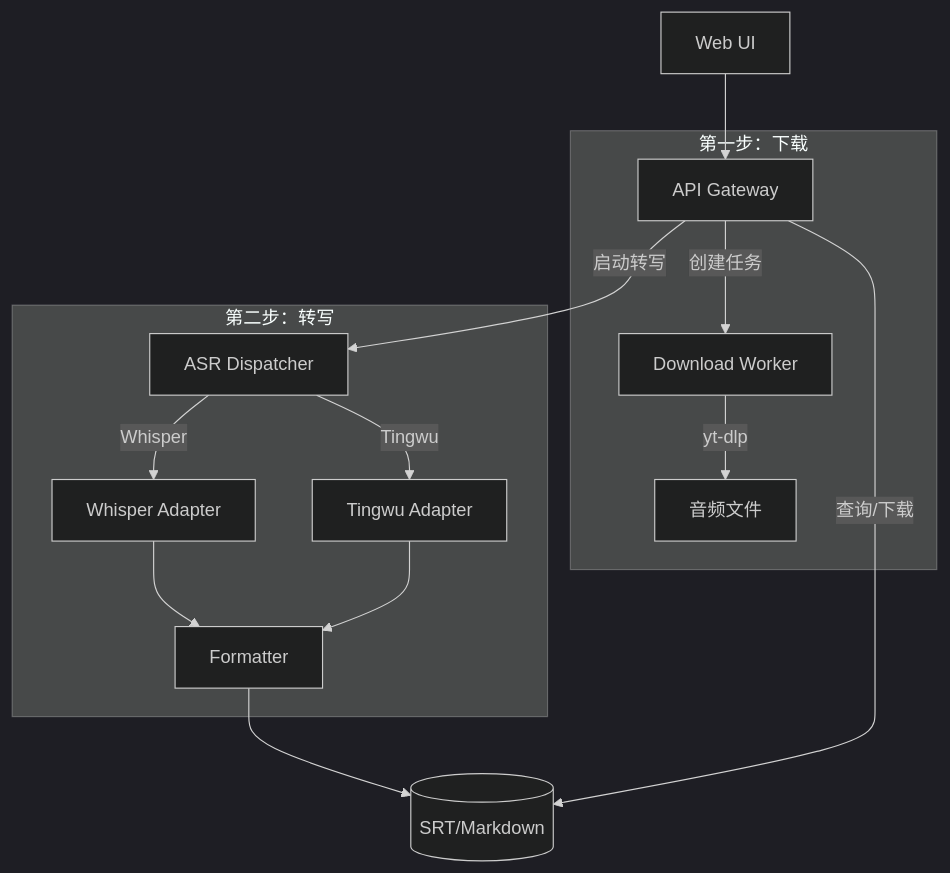
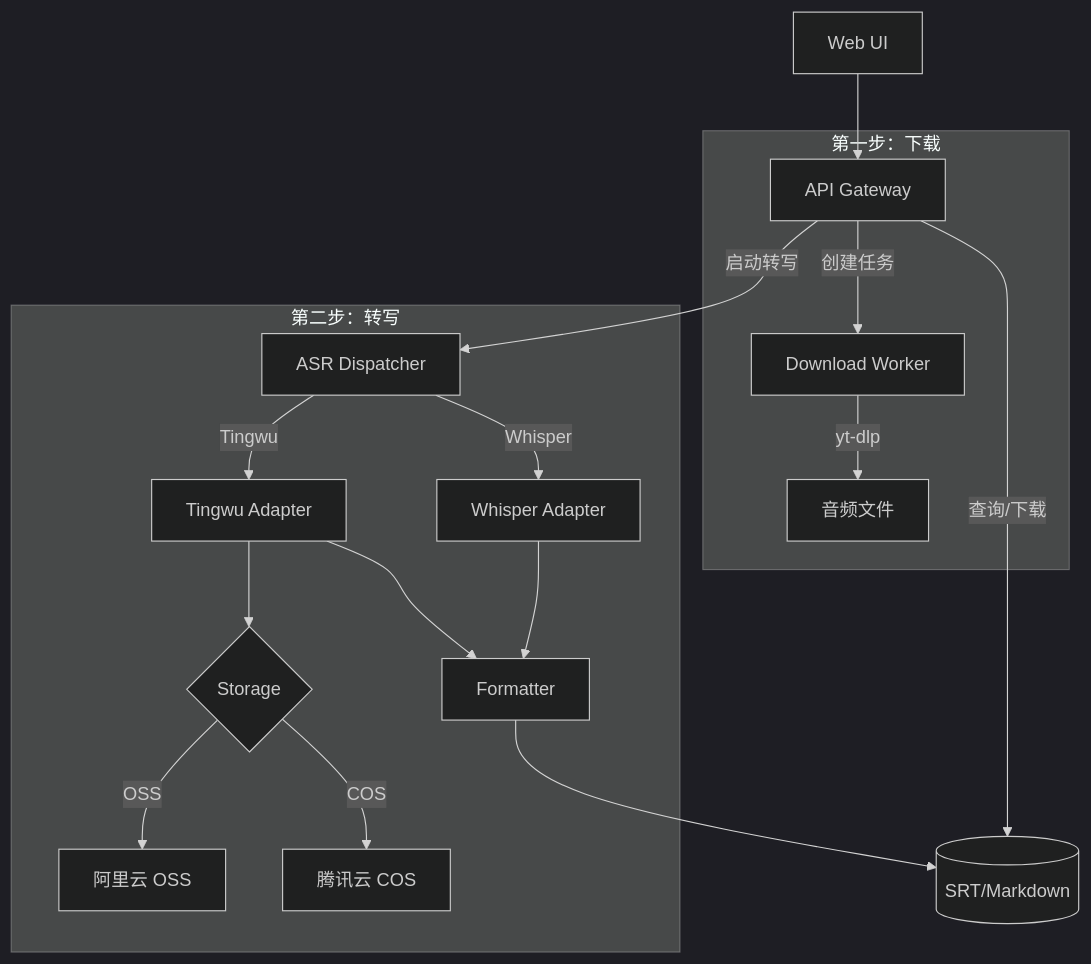
Before and after one commit to anzchy/podscript-pro: the diagram in README.md, drawn with Mermaid (dark theme). The commit also changed other lines of this file and 18 other files, not shown here.

First line of the commit message:
Add COS storage support and UI redesign specs

````diff
--- a/README.md
+++ b/README.md
@@ -291,20 +328,23 @@
 ```mermaid
 graph TD
     UI[Web UI] --> API[API Gateway]
 
     subgraph "第一步：下载"
         API -->|创建任务| DL[Download Worker]
         DL -->|yt-dlp| Audio[音频文件]
     end
 
     subgraph "第二步：转写"
         API -->|启动转写| ASR[ASR Dispatcher]
         ASR -->|Whisper| WH[Whisper Adapter]
         ASR -->|Tingwu| TW[Tingwu Adapter]
+        TW --> Storage{Storage}
+        Storage -->|OSS| OSS[阿里云 OSS]
+        Storage -->|COS| COS[腾讯云 COS]
         WH --> Format[Formatter]
         TW --> Format
     end
 
     Format --> Result[(SRT/Markdown)]
     API -->|查询/下载| Result
 ```
````
